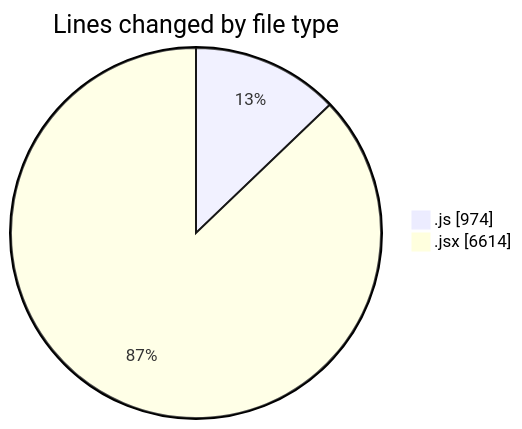
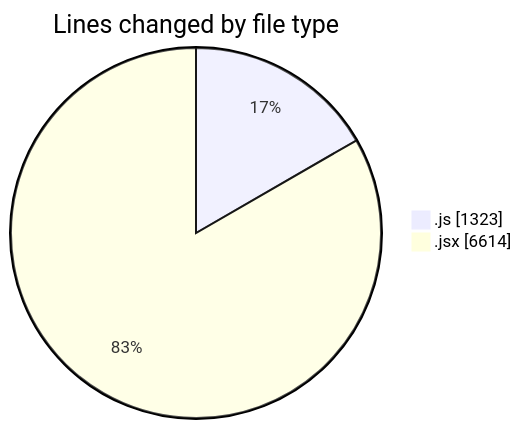
One commit to nxtqubesakshisongat/code-tracking changed the first of 2 diagrams in 2025-12-05/nxtqube_webapp/README.md. Above: the diagram before and after it, drawn with Mermaid. The commit also changed other lines of this file and 1 other file, not shown here.

````diff
--- a/2025-12-05/nxtqube_webapp/README.md
+++ b/2025-12-05/nxtqube_webapp/README.md
@@ -26,6 +27,6 @@
 ```mermaid
 pie showData
 title Lines changed by file type
-".js" : 974
+".js" : 1323
 ".jsx" : 6614
 ```
````
